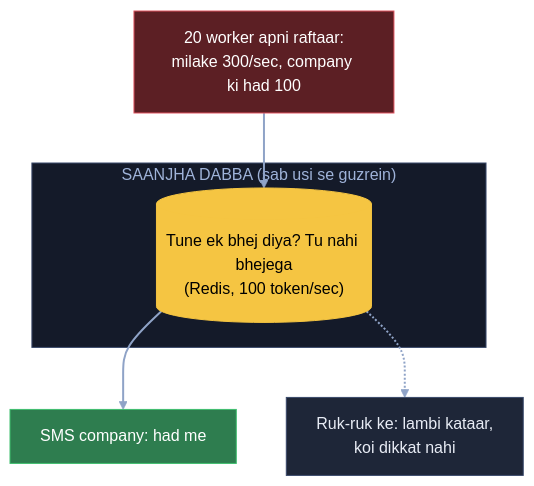
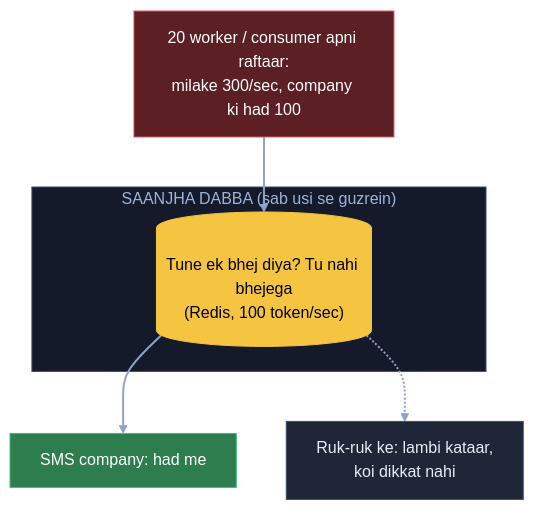
One commit to ArpanMaheshwari144/Prep changed the sixth of 10 diagrams in 04_HLD/SYSTEM_DESIGNS/04_notification_system/04_notification_system.md. Above: the diagram before and after it, drawn with Mermaid. The commit also changed other lines of this file and 29 other files, not shown here.

Commit message:
HLD: worker -> worker / consumer har jagah (Arpan ke 'Arpan:' shabd chhod ke); Foundations 07 pehla hissa tube + stadium

````diff
--- a/04_HLD/SYSTEM_DESIGNS/04_notification_system/04_notification_system.md
+++ b/04_HLD/SYSTEM_DESIGNS/04_notification_system/04_notification_system.md
@@ -242,18 +242,18 @@
 ```mermaid
 flowchart TB
-    X["20 worker apni raftaar:<br/>milake 300/sec, company ki had 100"]:::bad
+    X["20 worker / consumer apni raftaar:<br/>milake 300/sec, company ki had 100"]:::bad
     subgraph SD["SAANJHA DABBA (sab usi se guzrein)"]
         B[("Tune ek bhej diya? Tu nahi bhejega<br/>(Redis, 100 token/sec)")]:::pill
     end
     C["SMS company: had me"]:::good
     L["Ruk-ruk ke: lambi kataar,<br/>koi dikkat nahi"]:::card
     X --> B
     B --> C
     B -.-> L
     linkStyle default stroke:#8fa3c7,stroke-width:2px
     classDef card fill:#1e2638,stroke:#3a4a6b,color:#e8ecf5
     classDef pill fill:#f5c542,stroke:#f5c542,color:#000
     classDef good fill:#2e7d4f,stroke:#3fbf6f,color:#fff
     classDef bad fill:#5c1f24,stroke:#e05561,color:#fff
     style SD fill:#141a29,stroke:#3a4a6b,color:#9fb3d9
 ```
````
